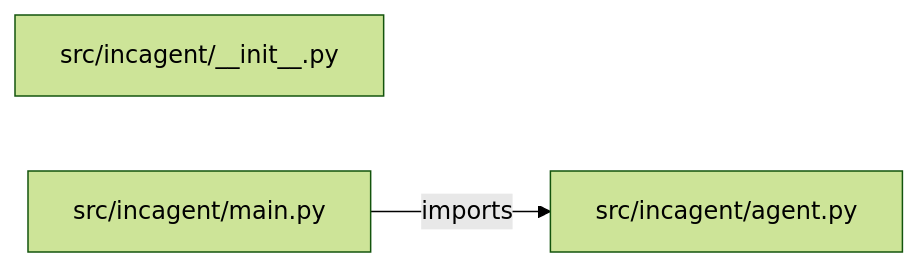
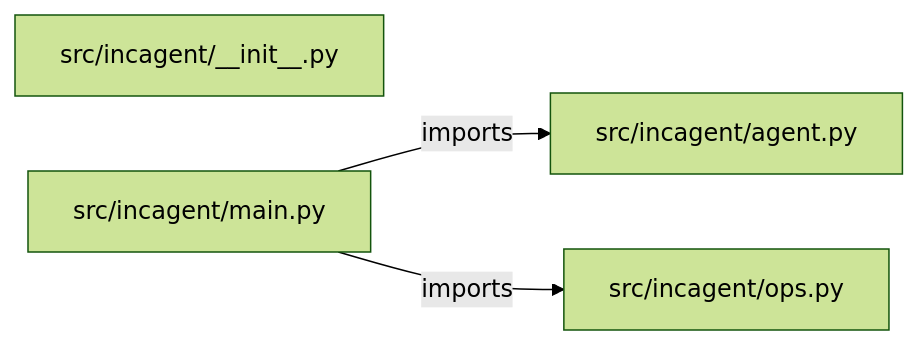
The diagram in PROJECT_ARCHITECTURE.md (iarsingh/incident-investigation-agent), drawn with Mermaid (forest theme) before and after one commit. The commit also changed other lines of this file and 2 other files, not shown here.

Commit message:
Refresh architecture and interview guides from current implementation

````diff
--- a/PROJECT_ARCHITECTURE.md
+++ b/PROJECT_ARCHITECTURE.md
@@ -13,7 +13,9 @@
 ```mermaid
 flowchart LR
     M0["src/incagent/__init__.py"]
     M1["src/incagent/agent.py"]
     M2["src/incagent/main.py"]
+    M3["src/incagent/ops.py"]
     M2 -->|imports| M1
+    M2 -->|imports| M3
 ```
````
